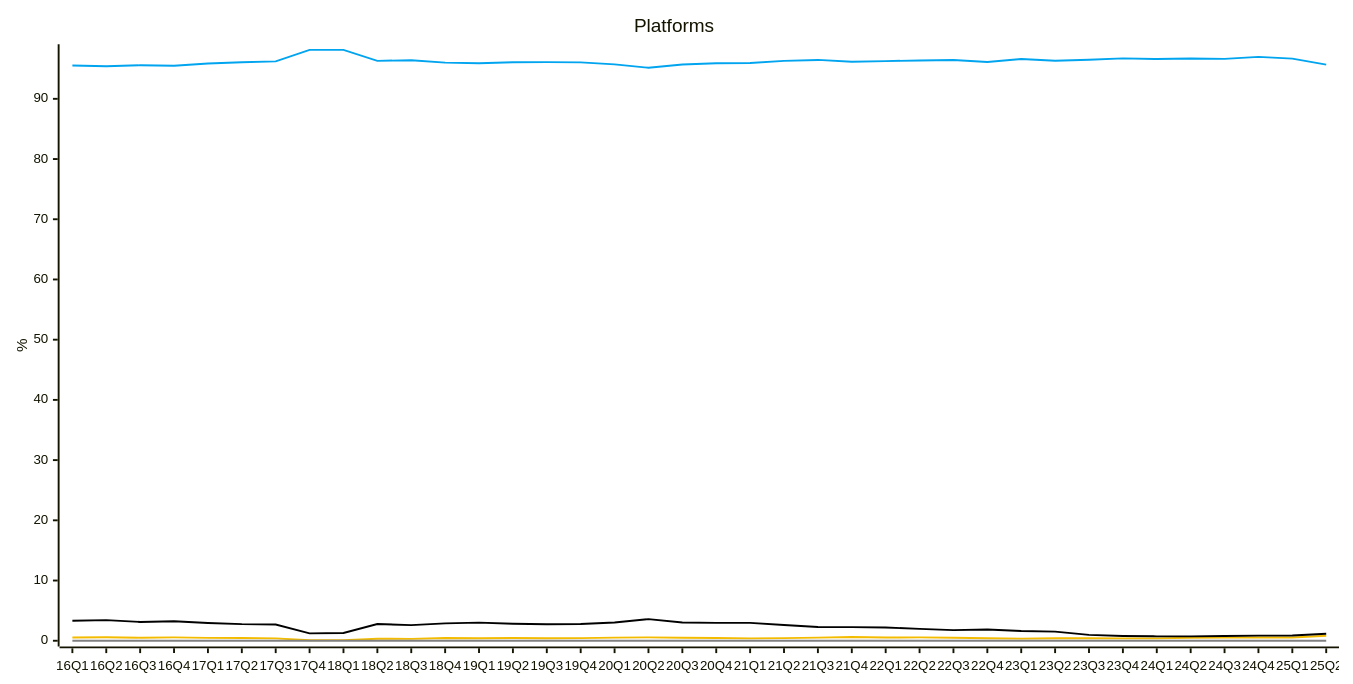
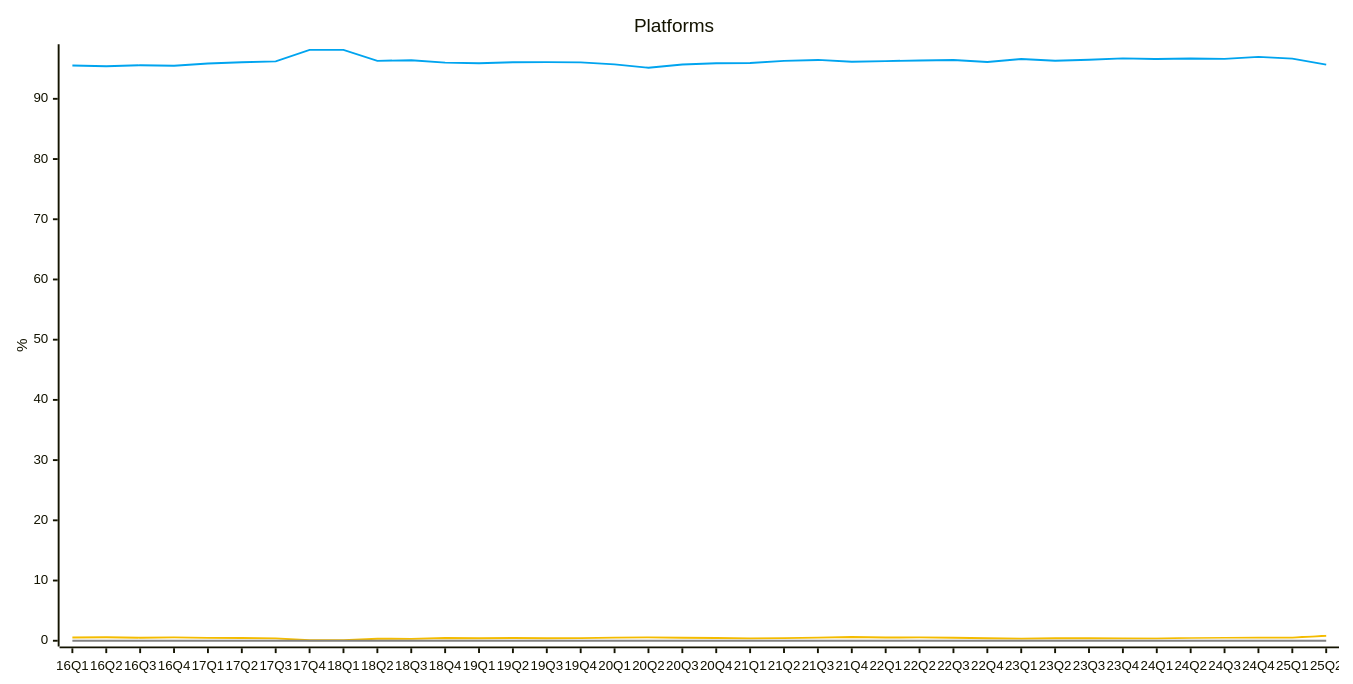
The tenth of 20 diagrams in README.md (jdegene/steamHWsurvey), drawn with Mermaid before and after one commit. The commit also changed other lines of this file and 1 other file, not shown here.

Commit message:
changed mac to white

````diff
--- a/README.md
+++ b/README.md
@@ -322,22 +322,22 @@
 ```mermaid
 ---
 config:
     xyChart:
         width: 1400
         height: 700
         
     themeVariables:
         xyChart:
-            plotColorPalette: "#00A4EF,#F4BC00,#000000,#808080"
+            plotColorPalette: "#00A4EF,#F4BC00,#FFFFFF,#808080"
 
 --- 
 
 xychart-beta
     title "Platforms"
     x-axis [16Q1, 16Q2, 16Q3, 16Q4, 17Q1, 17Q2, 17Q3, 17Q4, 18Q1, 18Q2, 18Q3, 18Q4, 19Q1, 19Q2, 19Q3, 19Q4, 20Q1, 20Q2, 20Q3, 20Q4, 21Q1, 21Q2, 21Q3, 21Q4, 22Q1, 22Q2, 22Q3, 22Q4, 23Q1, 23Q2, 23Q3, 23Q4, 24Q1, 24Q2, 24Q3, 24Q4, 25Q1, 25Q2]
     y-axis "%" 
     line [95.54666666666667, 95.41666666666666, 95.57666666666668, 95.50333333333333, 95.87, 96.06666666666666, 96.22333333333334, 98.12333333333333, 98.13333333333333, 96.31, 96.41333333333333, 96.01, 95.90333333333334, 96.07333333333334, 96.08666666666666, 96.05, 95.71666666666667, 95.16, 95.69666666666666, 95.91333333333333, 95.94333333333334, 96.30666666666666, 96.46, 96.16333333333333, 96.26666666666667, 96.37, 96.45666666666666, 96.12666666666667, 96.62, 96.32333333333332, 96.49666666666667, 96.71333333333332, 96.61000000000001, 96.7, 96.63333333333334, 96.96333333333334, 96.68333333333334, 95.69000000000001]
     line [0.55, 0.5700000000000001, 0.5066666666666666, 0.5533333333333333, 0.4766666666666666, 0.46666666666666673, 0.3866666666666666, 0.07666666666666667, 0.10666666666666667, 0.33333333333333337, 0.31, 0.44666666666666666, 0.4033333333333333, 0.4633333333333334, 0.4066666666666666, 0.44, 0.5166666666666666, 0.5633333333333334, 0.4966666666666667, 0.46666666666666673, 0.4, 0.44, 0.5266666666666667, 0.62, 0.5333333333333333, 0.5566666666666666, 0.5, 0.4166666666666667, 0.35, 0.41333333333333333, 0.4033333333333333, 0.38999999999999996, 0.38999999999999996, 0.4966666666666667, 0.5433333333333334, 0.5466666666666665, 0.5366666666666666, 0.83]
     line [3.3099999999999996, 3.423333333333333, 3.1166666666666667, 3.2366666666666664, 2.94, 2.753333333333333, 2.7, 1.23, 1.2799999999999998, 2.7700000000000005, 2.5900000000000003, 2.8933333333333335, 3.013333333333333, 2.833333333333333, 2.7466666666666666, 2.7766666666666664, 3.0366666666666666, 3.5833333333333335, 3.04, 2.9733333333333336, 2.97, 2.6066666666666665, 2.29, 2.26, 2.2, 1.9733333333333336, 1.76, 1.8699999999999999, 1.6099999999999999, 1.5133333333333332, 0.98, 0.8, 0.7333333333333333, 0.7333333333333333, 0.7833333333333333, 0.8499999999999999, 0.8599999999999999, 1.17]
     line [0, 0, 0, 0, 0, 0, 0, 0, 0, 0, 0, 0, 0, 0, 0, 0, 0, 0, 0, 0, 0, 0, 0, 0, 0, 0, 0, 0, 0, 0, 0, 0, 0, 0, 0, 0, 0, 0]
 ``` 
````
